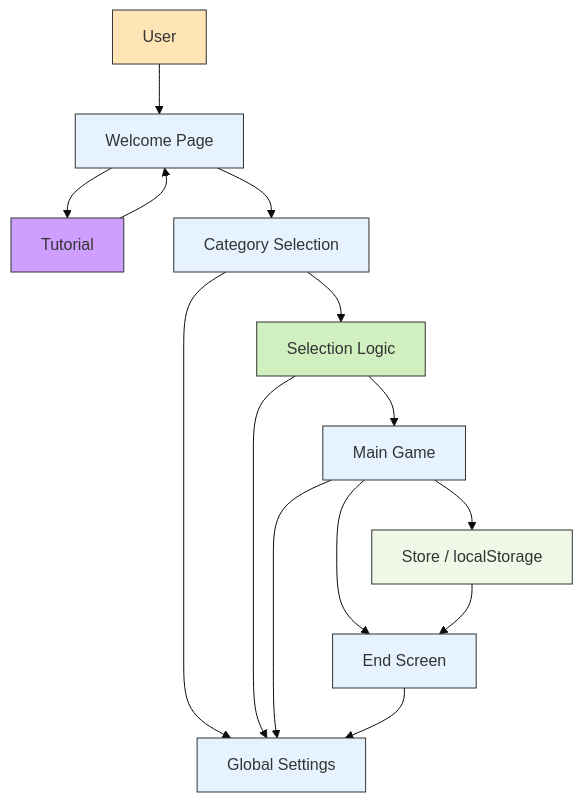
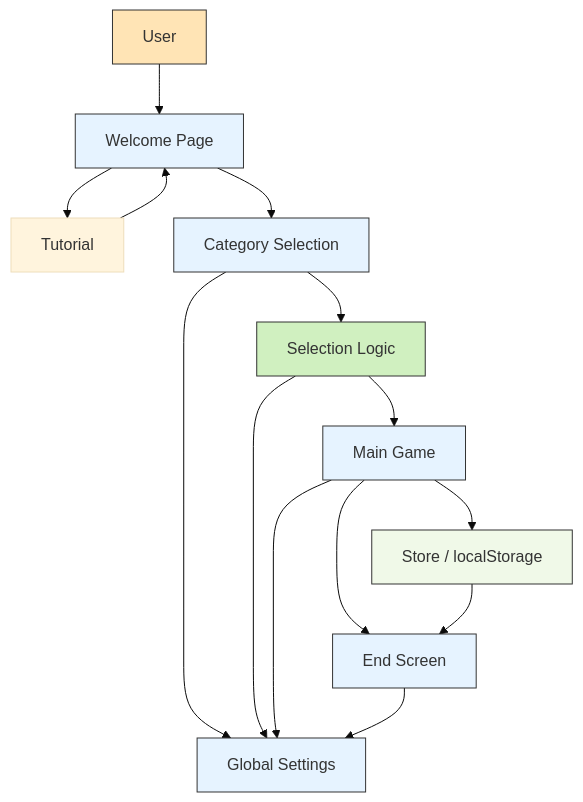
Before and after one commit to uu-semp/swedish-learning-app-2025: the diagram in team08/README.md, drawn with Mermaid (base theme). The commit also changed other lines of this file, not shown here.

````diff
--- a/team08/README.md
+++ b/team08/README.md
@@ -42,26 +42,25 @@
 ```mermaid
 graph TD
     A[User] --> B[Welcome Page]
     B --> I[Tutorial] 
     I --> B
     B --> C[Category Selection]
     C --> D[Selection Logic]
     D --> E[Main Game]
     E --> F[Store / localStorage]
     E --> G[End Screen]
     C --> H[Global Settings]
     D --> H
     E --> H
     G --> H
     F --> G
 
     style A fill:#ffe4b5,stroke:#333
     style B fill:#e6f3ff,stroke:#333
     style C fill:#e6f3ff,stroke:#333
     style E fill:#e6f3ff,stroke:#333
     style G fill:#e6f3ff,stroke:#333
     style H fill:#e6f3ff,stroke:#333
     style D fill:#d0f0c0,stroke:#333
     style F fill:#f0f9e8,stroke:#333
-    style I fill:#CF9FFF,stroke:#333
 ```
````
